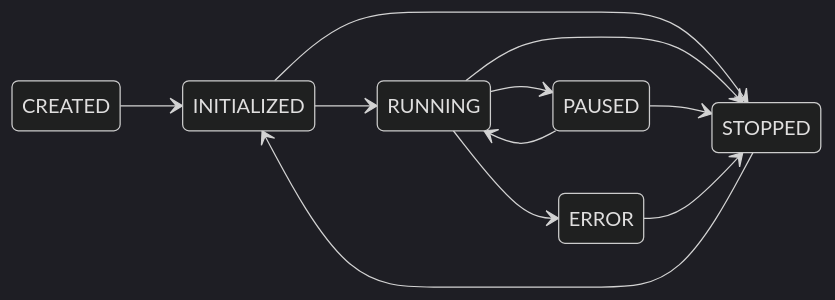
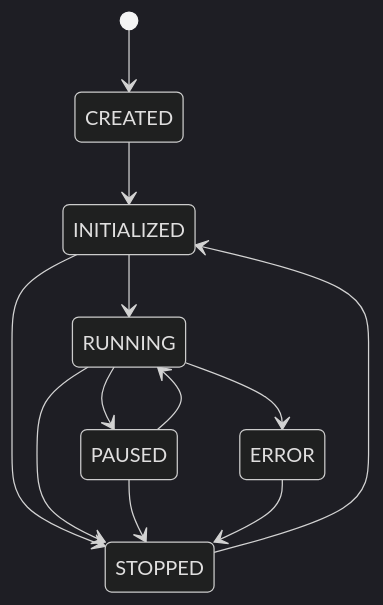
One commit to code-craft-ai-company/codecraftai-agent-kit changed the second of 4 diagrams in specs/core-agent-framework/design.md. Above: the diagram before and after it, drawn with Mermaid (dark theme). The commit also changed other lines of this file and 319 other files, not shown here.

````diff
--- a/specs/core-agent-framework/design.md
+++ b/specs/core-agent-framework/design.md
@@ -52,14 +62,14 @@
 ```mermaid
 stateDiagram-v2
-    direction LR
+    [*] --> CREATED
     CREATED --> INITIALIZED
     INITIALIZED --> RUNNING
     INITIALIZED --> STOPPED
     RUNNING --> PAUSED
     RUNNING --> STOPPED
     RUNNING --> ERROR
     PAUSED --> RUNNING
     PAUSED --> STOPPED
     ERROR --> STOPPED
     STOPPED --> INITIALIZED
 ```
````
